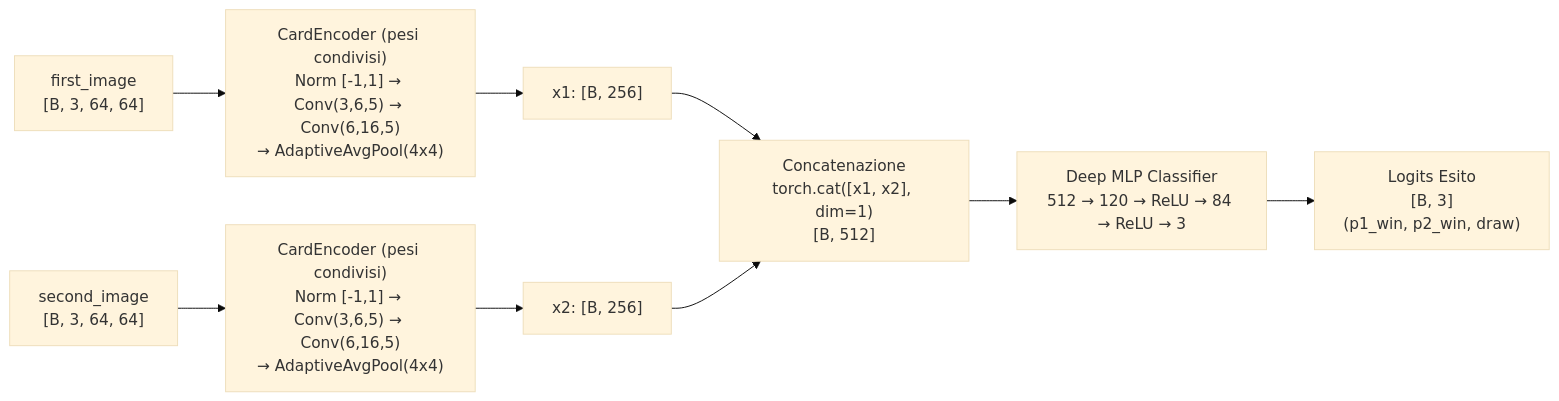
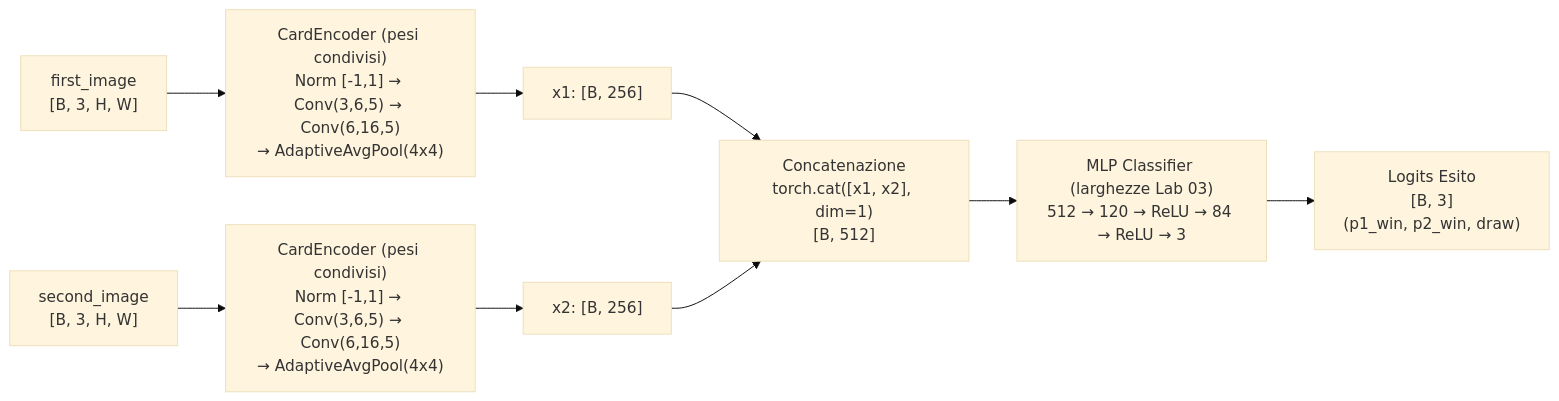
Before and after one commit to gitCiccio/CardSeedDuel: the diagram in docs/BASELINE_APPROACH_B.md, drawn with Mermaid (base theme). The commit also changed other lines of this file and 8 other files, not shown here.

````diff
--- a/docs/BASELINE_APPROACH_B.md
+++ b/docs/BASELINE_APPROACH_B.md
@@ -41,11 +45,11 @@
 ```mermaid
 flowchart LR
-    I1["first_image<br/>[B, 3, 64, 64]"] --> ENC1["CardEncoder (pesi condivisi)<br/>Norm [-1,1] &rarr; Conv(3,6,5) &rarr; Conv(6,16,5)<br/>&rarr; AdaptiveAvgPool(4x4)"]
-    I2["second_image<br/>[B, 3, 64, 64]"] --> ENC2["CardEncoder (pesi condivisi)<br/>Norm [-1,1] &rarr; Conv(3,6,5) &rarr; Conv(6,16,5)<br/>&rarr; AdaptiveAvgPool(4x4)"]
+    I1["first_image<br/>[B, 3, H, W]"] --> ENC1["CardEncoder (pesi condivisi)<br/>Norm [-1,1] &rarr; Conv(3,6,5) &rarr; Conv(6,16,5)<br/>&rarr; AdaptiveAvgPool(4x4)"]
+    I2["second_image<br/>[B, 3, H, W]"] --> ENC2["CardEncoder (pesi condivisi)<br/>Norm [-1,1] &rarr; Conv(3,6,5) &rarr; Conv(6,16,5)<br/>&rarr; AdaptiveAvgPool(4x4)"]
     ENC1 --> X1["x1: [B, 256]"]
     ENC2 --> X2["x2: [B, 256]"]
     X1 --> CAT["Concatenazione<br/>torch.cat([x1, x2], dim=1)<br/>[B, 512]"]
     X2 --> CAT
-    CAT --> MLP["Deep MLP Classifier<br/>512 &rarr; 120 &rarr; ReLU &rarr; 84 &rarr; ReLU &rarr; 3"]
+    CAT --> MLP["MLP Classifier (larghezze Lab 03)<br/>512 &rarr; 120 &rarr; ReLU &rarr; 84 &rarr; ReLU &rarr; 3"]
     MLP --> OUT["Logits Esito<br/>[B, 3]<br/>(p1_win, p2_win, draw)"]
 ```
````
